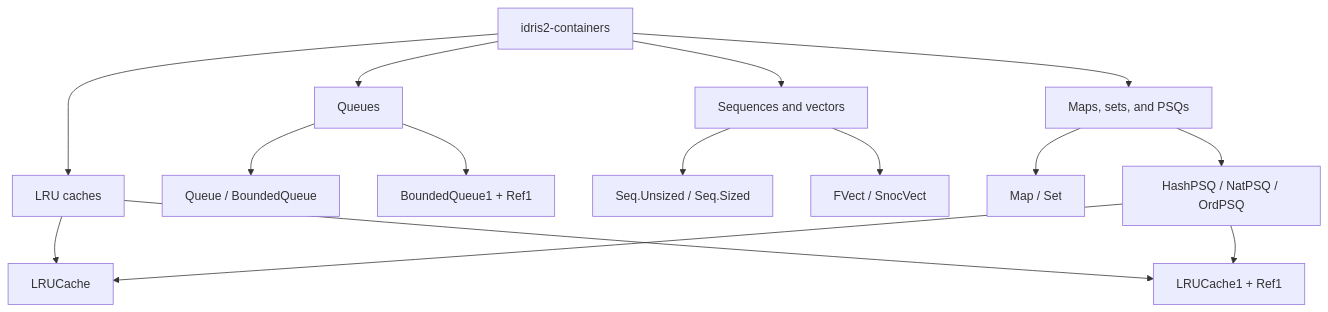
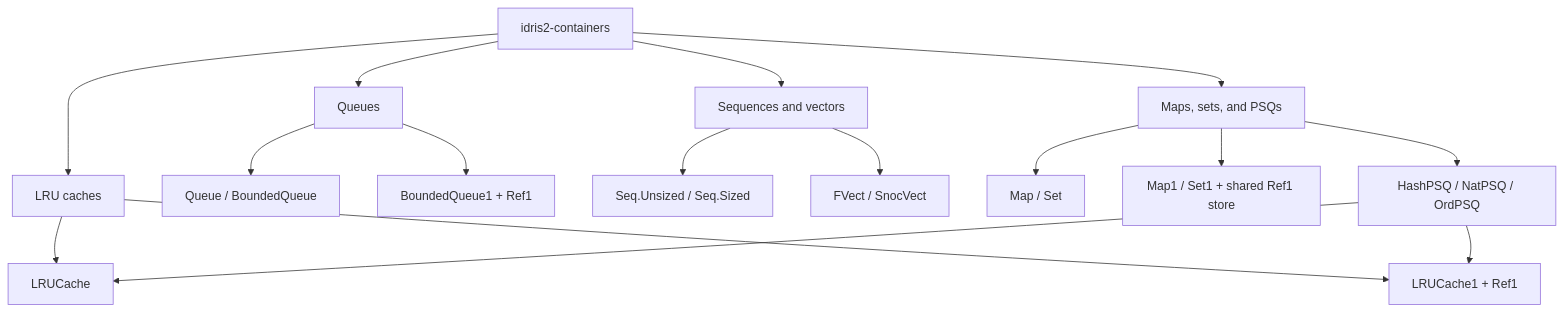
Before and after one commit to idris-community/idris2-containers: the first of 7 diagrams in README.md, drawn with Mermaid. The commit also changed other lines of this file, not shown here.

````diff
--- a/README.md
+++ b/README.md
@@ -66,17 +70,18 @@
 ```mermaid
 flowchart TD
     A["idris2-containers"] --> B["Queues"]
     A --> C["Sequences and vectors"]
     A --> D["Maps, sets, and PSQs"]
     A --> E["LRU caches"]
     B --> B1["Queue / BoundedQueue"]
     B --> B2["BoundedQueue1 + Ref1"]
     C --> C1["Seq.Unsized / Seq.Sized"]
     C --> C2["FVect / SnocVect"]
     D --> D1["Map / Set"]
+    D --> D3["Map1 / Set1 + shared Ref1 store"]
     D --> D2["HashPSQ / NatPSQ / OrdPSQ"]
     E --> E1["LRUCache"]
     E --> E2["LRUCache1 + Ref1"]
     D2 --> E1
     D2 --> E2
 ```
````
